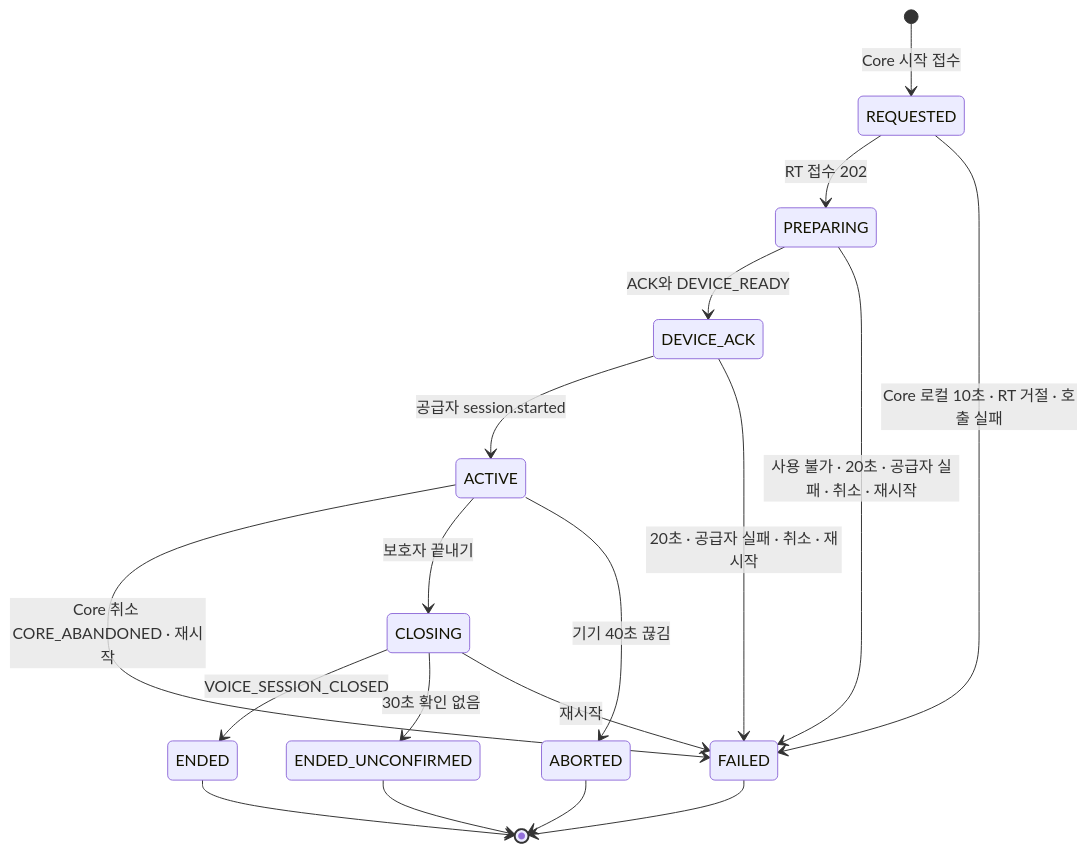
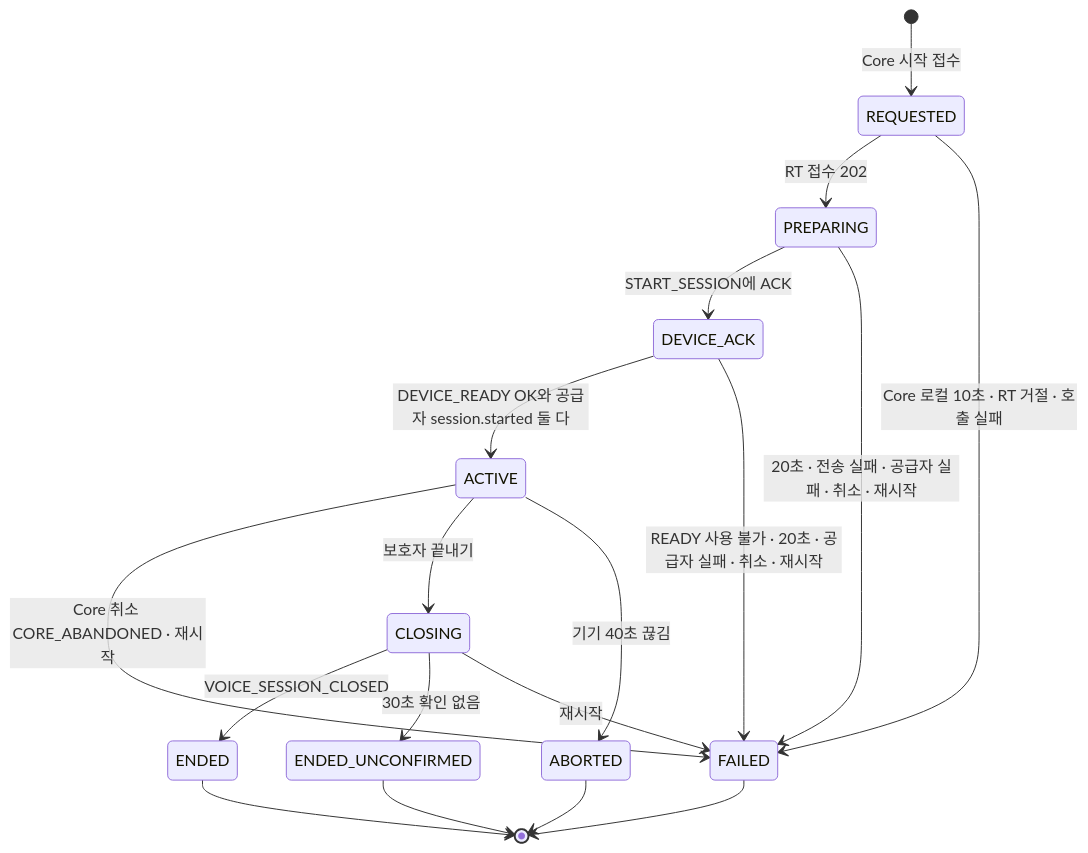
Before and after one commit to team-jomyung/mujungi: the third of 5 diagrams in aidlc/spaces/default/intents/261008-mujoong-service/construction/u1-walking-skeleton/functional-design/functional-spec.md, drawn with Mermaid. The commit also changed other lines of this file and 5 other files, not shown here.

````diff
--- a/aidlc/spaces/default/intents/261008-mujoong-service/construction/u1-walking-skeleton/functional-design/functional-spec.md
+++ b/aidlc/spaces/default/intents/261008-mujoong-service/construction/u1-walking-skeleton/functional-design/functional-spec.md
@@ -219,20 +225,20 @@
 ```mermaid
 stateDiagram-v2
   [*] --> REQUESTED : Core 시작 접수
   REQUESTED --> PREPARING : RT 접수 202
   REQUESTED --> FAILED : Core 로컬 10초 · RT 거절 · 호출 실패
-  PREPARING --> DEVICE_ACK : ACK와 DEVICE_READY
-  DEVICE_ACK --> ACTIVE : 공급자 session.started
-  PREPARING --> FAILED : 사용 불가 · 20초 · 공급자 실패 · 취소 · 재시작
-  DEVICE_ACK --> FAILED : 20초 · 공급자 실패 · 취소 · 재시작
+  PREPARING --> DEVICE_ACK : START_SESSION에 ACK
+  DEVICE_ACK --> ACTIVE : DEVICE_READY OK와 공급자 session.started 둘 다
+  PREPARING --> FAILED : 20초 · 전송 실패 · 공급자 실패 · 취소 · 재시작
+  DEVICE_ACK --> FAILED : READY 사용 불가 · 20초 · 공급자 실패 · 취소 · 재시작
   ACTIVE --> FAILED : Core 취소 CORE_ABANDONED · 재시작
   ACTIVE --> CLOSING : 보호자 끝내기
   ACTIVE --> ABORTED : 기기 40초 끊김
   CLOSING --> ENDED : VOICE_SESSION_CLOSED
   CLOSING --> ENDED_UNCONFIRMED : 30초 확인 없음
   CLOSING --> FAILED : 재시작
   ENDED --> [*]
   ENDED_UNCONFIRMED --> [*]
   ABORTED --> [*]
   FAILED --> [*]
 ```
````
